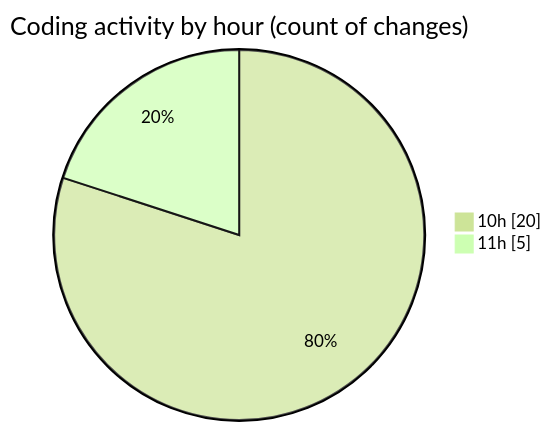
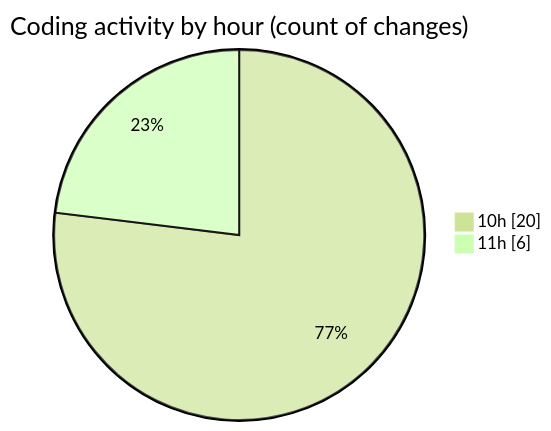
The second of 2 diagrams in 2026-02-20/nxtqube_webapp/README.md (nxtqubesakshisongat/code-tracking), drawn with Mermaid (forest theme) before and after one commit. The commit also changed other lines of this file and 1 other file, not shown here.

````diff
--- a/2026-02-20/nxtqube_webapp/README.md
+++ b/2026-02-20/nxtqube_webapp/README.md
@@ -38,6 +38,6 @@
 ```mermaid
 pie showData
 title Coding activity by hour (count of changes)
 "10h" : 20
-"11h" : 5
+"11h" : 6
 ```
````
